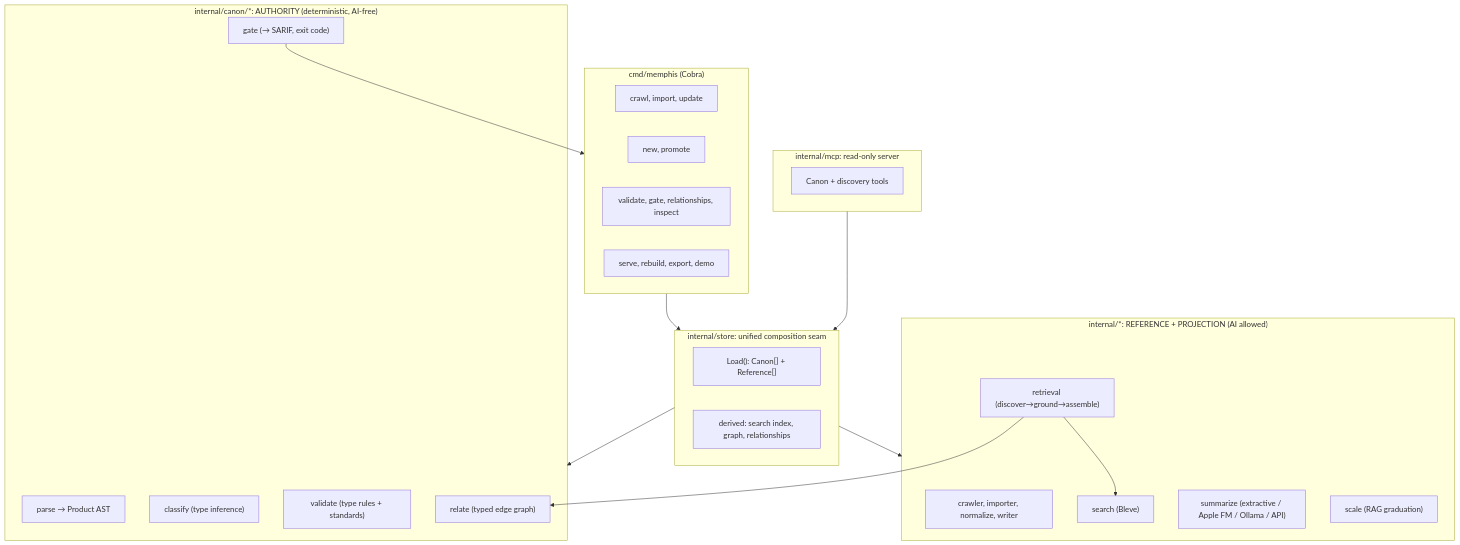
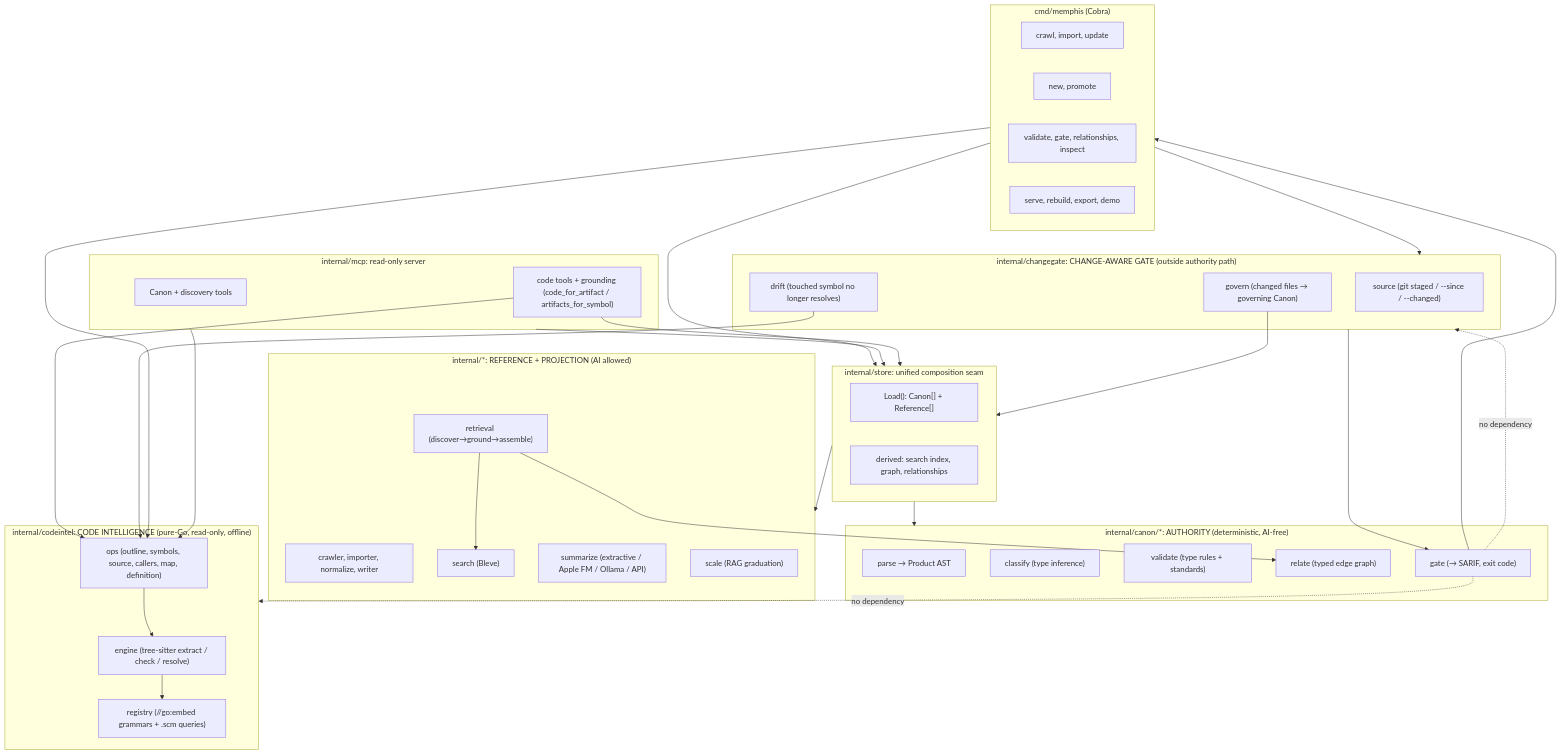
The first of 5 diagrams in ARCHITECTURE.md (path-warden/pyra), drawn with Mermaid before and after one commit. The commit also changed other lines of this file and 23 other files, not shown here.

Commit message:
Update gate logic to include code intel

````diff
--- a/ARCHITECTURE.md
+++ b/ARCHITECTURE.md
@@ -53,42 +78,67 @@
 ```mermaid
 flowchart TB
     subgraph CLI["cmd/memphis (Cobra)"]
         ingest["crawl, import, update"]
         author["new, promote"]
         check["validate, gate, relationships, inspect"]
         ops["serve, rebuild, export, demo"]
     end
 
     subgraph Store["internal/store: unified composition seam"]
         load["Load(): Canon[] + Reference[]"]
         idx["derived: search index, graph, relationships"]
     end
 
     subgraph Canon["internal/canon/*: AUTHORITY (deterministic, AI-free)"]
         parse["parse → Product AST"]
         classify["classify (type inference)"]
         validate["validate (type rules + standards)"]
         relate["relate (typed edge graph)"]
         gate["gate (→ SARIF, exit code)"]
     end
 
     subgraph Ref["internal/*: REFERENCE + PROJECTION (AI allowed)"]
         crawl["crawler, importer, normalize, writer"]
         search["search (Bleve)"]
         retrieval["retrieval (discover→ground→assemble)"]
         summarize["summarize (extractive / Apple FM / Ollama / API)"]
         scale["scale (RAG graduation)"]
     end
 
+    subgraph Code["internal/codeintel: CODE INTELLIGENCE (pure-Go, read-only, offline)"]
+        engine["engine (tree-sitter extract / check / resolve)"]
+        codeops["ops (outline, symbols, source, callers, map, definition)"]
+        reg["registry (//go:embed grammars + .scm queries)"]
+    end
+
+    subgraph CGate["internal/changegate: CHANGE-AWARE GATE (outside authority path)"]
+        csrc["source (git staged / --since / --changed)"]
+        cgov["govern (changed files → governing Canon)"]
+        cdrift["drift (touched symbol no longer resolves)"]
+    end
+
     subgraph MCP["internal/mcp: read-only server"]
         tools["Canon + discovery tools"]
+        codetools["code tools + grounding (code_for_artifact / artifacts_for_symbol)"]
     end
 
     CLI --> Store
+    CLI --> codeops
+    CLI --> CGate
     Store --> Canon
     Store --> Ref
     MCP --> Store
+    MCP --> codeops
+    codetools --> Store
+    codetools --> codeops
+    codeops --> engine
+    engine --> reg
+    cgov --> Store
+    cdrift --> codeops
+    CGate --> gate
     retrieval --> search
     retrieval --> relate
     gate --> CLI
+    gate -. no dependency .-> Code
+    gate -. no dependency .-> CGate
 ```
````
